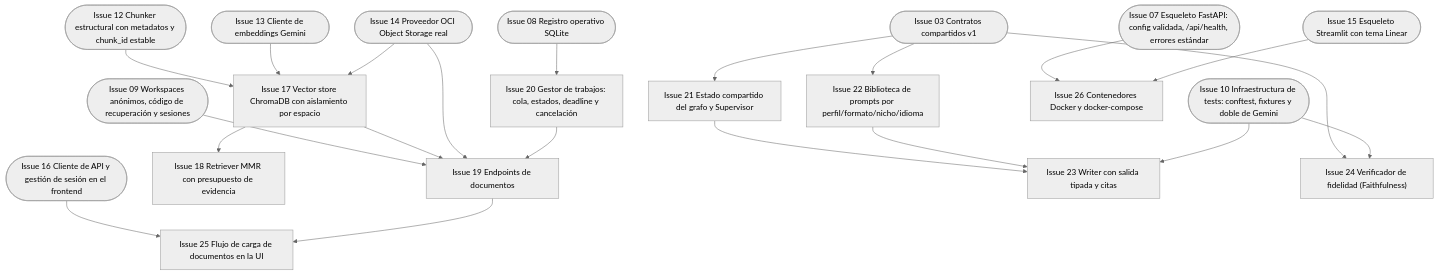
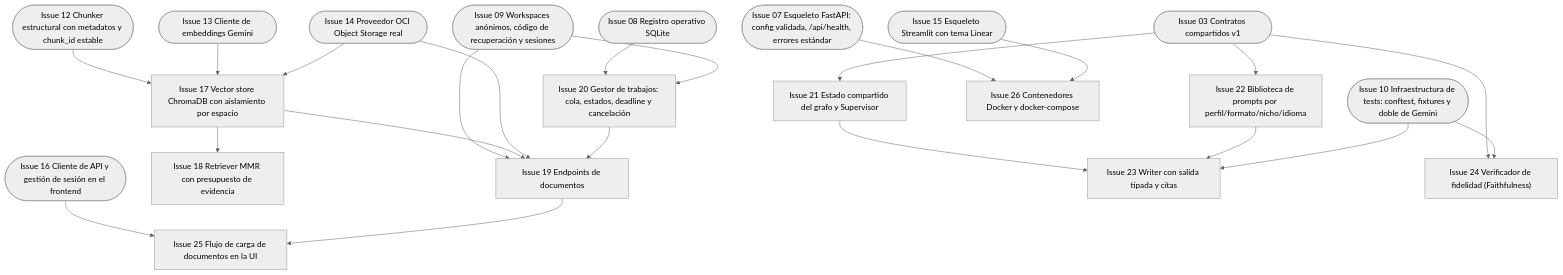
The diagram in docs/issues/fase-2-pipeline-vertical.md (No-Country-simulation/G10-Equipo38-NuevaMente), drawn with Mermaid (neutral theme) before and after one commit. The commit also changed other lines of this file and 16 other files, not shown here.

````diff
--- a/docs/issues/fase-2-pipeline-vertical.md
+++ b/docs/issues/fase-2-pipeline-vertical.md
@@ -8,43 +8,44 @@
 ```mermaid
 graph TD
     I03(["Issue 03 Contratos compartidos v1"])
     I07(["Issue 07 Esqueleto FastAPI: config validada, /api/health, errores estándar"])
     I08(["Issue 08 Registro operativo SQLite"])
     I09(["Issue 09 Workspaces anónimos, código de recuperación y sesiones"])
     I10(["Issue 10 Infraestructura de tests: conftest, fixtures y doble de Gemini"])
     I12(["Issue 12 Chunker estructural con metadatos y chunk_id estable"])
     I13(["Issue 13 Cliente de embeddings Gemini"])
     I14(["Issue 14 Proveedor OCI Object Storage real"])
     I15(["Issue 15 Esqueleto Streamlit con tema Linear"])
     I16(["Issue 16 Cliente de API y gestión de sesión en el frontend"])
     I17["Issue 17 Vector store ChromaDB con aislamiento por espacio"]
     I18["Issue 18 Retriever MMR con presupuesto de evidencia"]
     I19["Issue 19 Endpoints de documentos"]
     I20["Issue 20 Gestor de trabajos: cola, estados, deadline y cancelación"]
     I21["Issue 21 Estado compartido del grafo y Supervisor"]
     I22["Issue 22 Biblioteca de prompts por perfil/formato/nicho/idioma"]
     I23["Issue 23 Writer con salida tipada y citas"]
     I24["Issue 24 Verificador de fidelidad (Faithfulness)"]
     I25["Issue 25 Flujo de carga de documentos en la UI"]
     I26["Issue 26 Contenedores Docker y docker-compose"]
     I12 --> I17
     I13 --> I17
     I14 --> I17
     I17 --> I18
     I09 --> I19
     I17 --> I19
     I14 --> I19
     I20 --> I19
     I08 --> I20
+    I09 --> I20
     I03 --> I21
     I03 --> I22
     I21 --> I23
     I22 --> I23
     I10 --> I23
     I03 --> I24
     I10 --> I24
     I16 --> I25
     I19 --> I25
     I07 --> I26
     I15 --> I26
 ```
````
